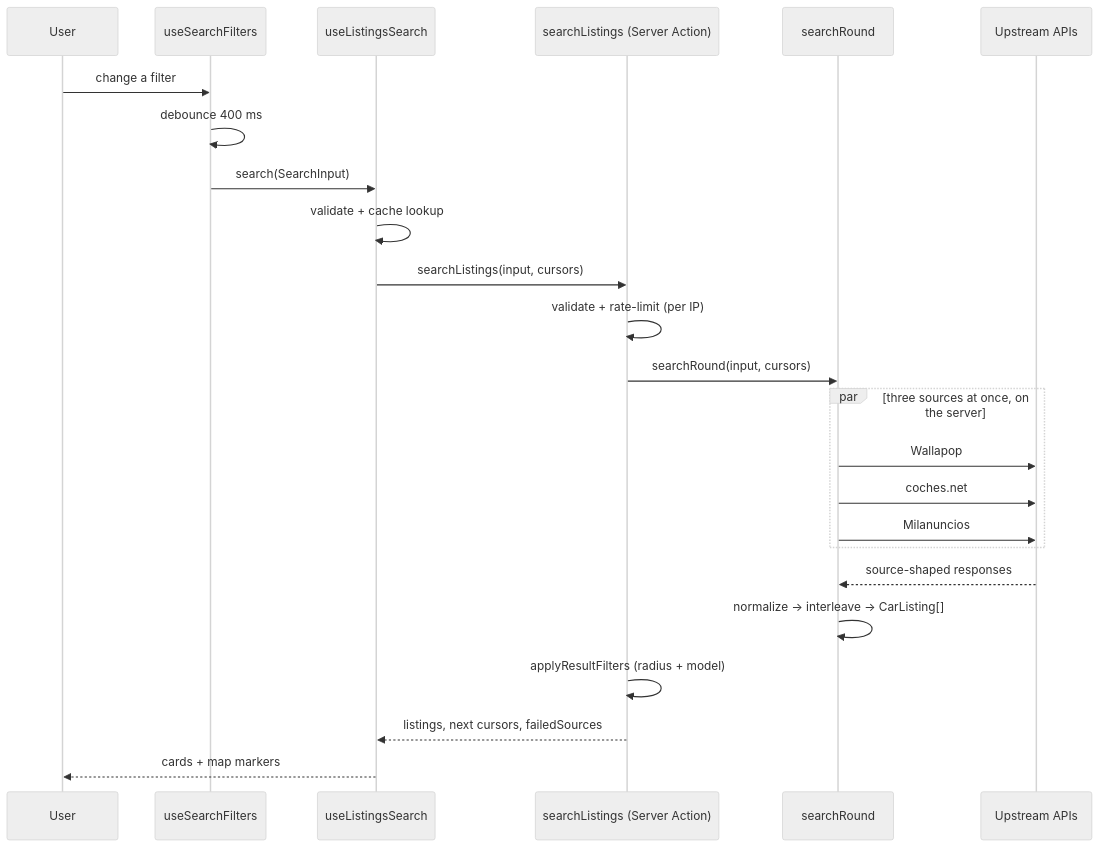
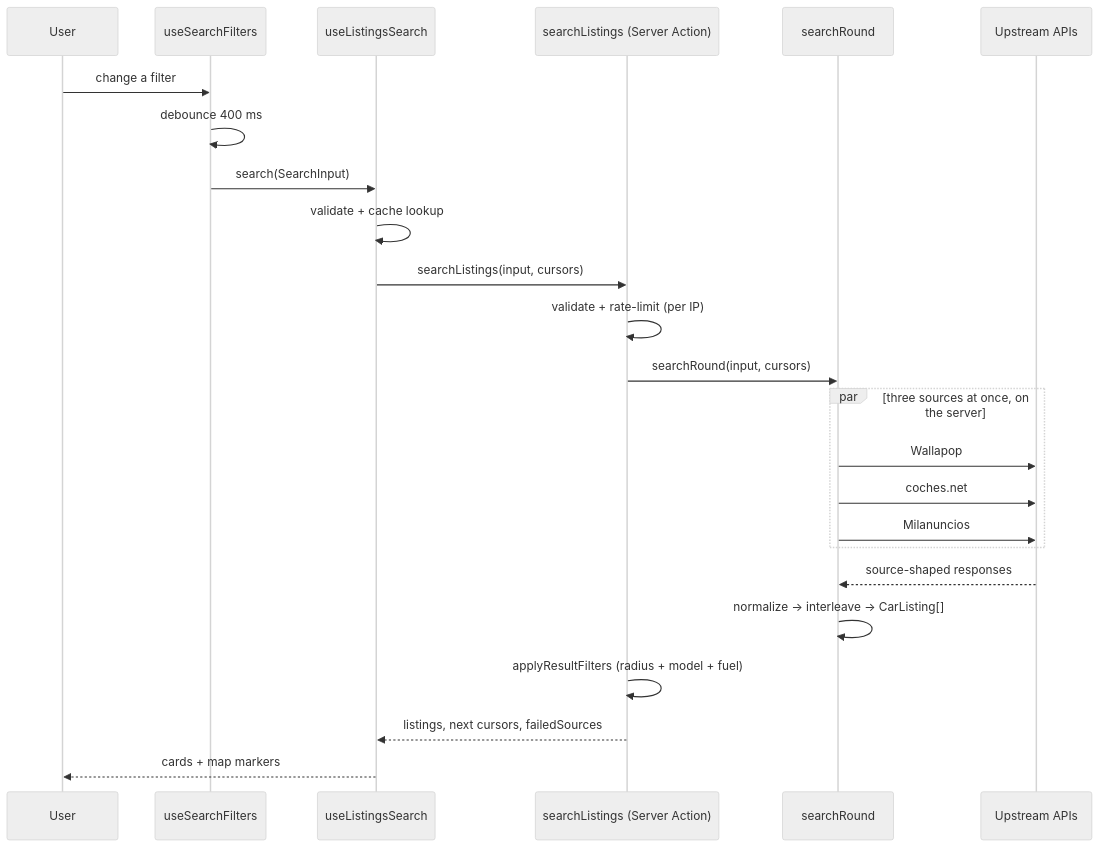
One commit to algusaem/buycarmap changed the second of 6 diagrams in docs/ARCHITECTURE.md. Above: the diagram before and after it, drawn with Mermaid (neutral theme). The commit also changed other lines of this file and 675 other files, not shown here.

````diff
--- a/docs/ARCHITECTURE.md
+++ b/docs/ARCHITECTURE.md
@@ -45,27 +47,27 @@
 ```mermaid
 sequenceDiagram
     participant U as User
     participant F as useSearchFilters
     participant S as useListingsSearch
     participant A as searchListings (Server Action)
     participant R as searchRound
     participant X as Upstream APIs
 
     U->>F: change a filter
     F->>F: debounce 400 ms
     F->>S: search(SearchInput)
     S->>S: validate + cache lookup
     S->>A: searchListings(input, cursors)
     A->>A: validate + rate-limit (per IP)
     A->>R: searchRound(input, cursors)
     par three sources at once, on the server
         R->>X: Wallapop
         R->>X: coches.net
         R->>X: Milanuncios
     end
     X-->>R: source-shaped responses
     R->>R: normalize → interleave → CarListing[]
-    A->>A: applyResultFilters (radius + model)
+    A->>A: applyResultFilters (radius + model + fuel)
     A-->>S: listings, next cursors, failedSources
     S-->>U: cards + map markers
 ```
````
